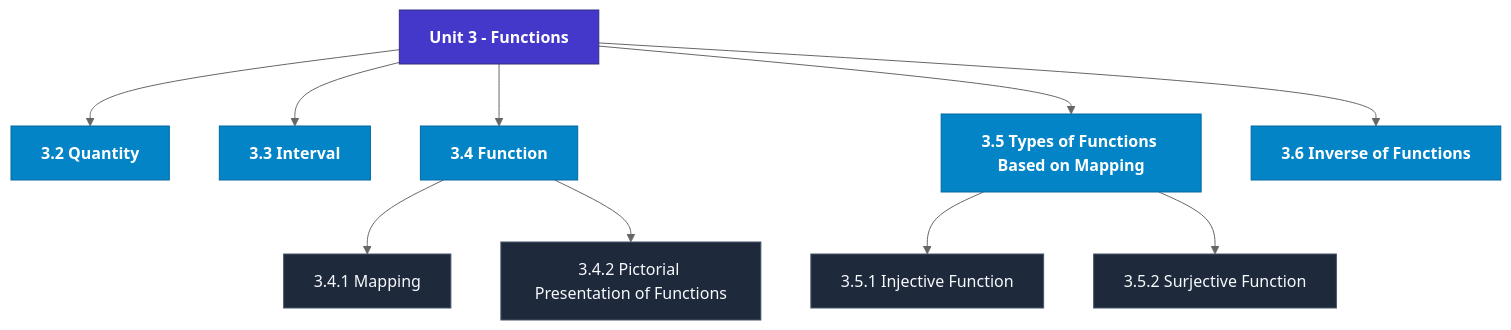
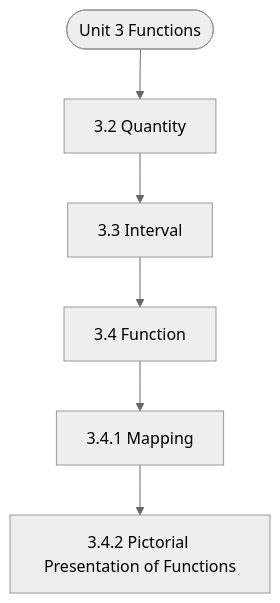
One commit to Asutosh-Coaching/mscdsa changed the diagram in notes/Semester_1/MCS-061_Mathematical_Foundations_-_I/unit_03_Functions.md. Above: the diagram before and after it, drawn with Mermaid (neutral theme). The commit also changed other lines of this file and 115 other files, not shown here.

Commit message:
Fix Mermaid layout for mobile, isolate LaTeX delimiters, and add GitHub Pages reader

````diff
--- a/notes/Semester_1/MCS-061_Mathematical_Foundations_-_I/unit_03_Functions.md
+++ b/notes/Semester_1/MCS-061_Mathematical_Foundations_-_I/unit_03_Functions.md
@@ -19,27 +19,14 @@
 ```mermaid
 flowchart TD
-  %% Styling Definitions
-  classDef head fill:#4338ca,stroke:#312e81,color:#ffffff,font-weight:bold;
-  classDef topic fill:#0284c7,stroke:#0369a1,color:#ffffff,font-weight:600;
-  classDef sub fill:#1e293b,stroke:#475569,color:#f8fafc;
-
-  Root["Unit 3 - Functions"]:::head
-  M1["3.2 Quantity"]:::topic
-  Root --> M1
-  M2["3.3 Interval"]:::topic
-  Root --> M2
-  M3["3.4 Function"]:::topic
-  Root --> M3
-  M3_1["3.4.1 Mapping"]:::sub
-  M3 --> M3_1
-  M3_2["3.4.2 Pictorial Presentation of Functions"]:::sub
-  M3 --> M3_2
-  M4["3.5 Types of Functions Based on Mapping"]:::topic
-  Root --> M4
-  M4_1["3.5.1 Injective Function"]:::sub
-  M4 --> M4_1
-  M4_2["3.5.2 Surjective Function"]:::sub
-  M4 --> M4_2
-  M5["3.6 Inverse of Functions"]:::topic
-  Root --> M5
+  Start(["Unit 3 Functions"])
+  N1["3.2 Quantity"]
+  N2["3.3 Interval"]
+  N3["3.4 Function"]
+  N4["3.4.1 Mapping"]
+  N5["3.4.2 Pictorial Presentation of Functions"]
+  Start --> N1
+  N1 --> N2
+  N2 --> N3
+  N3 --> N4
+  N4 --> N5
 ```
````
